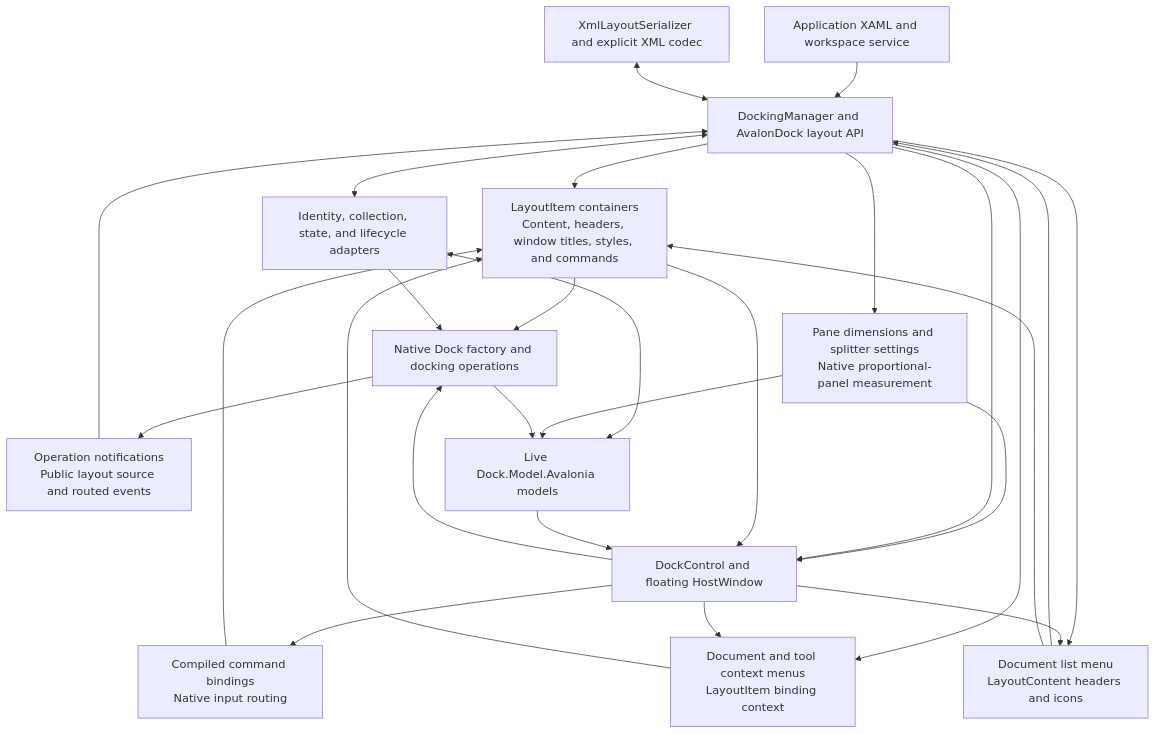
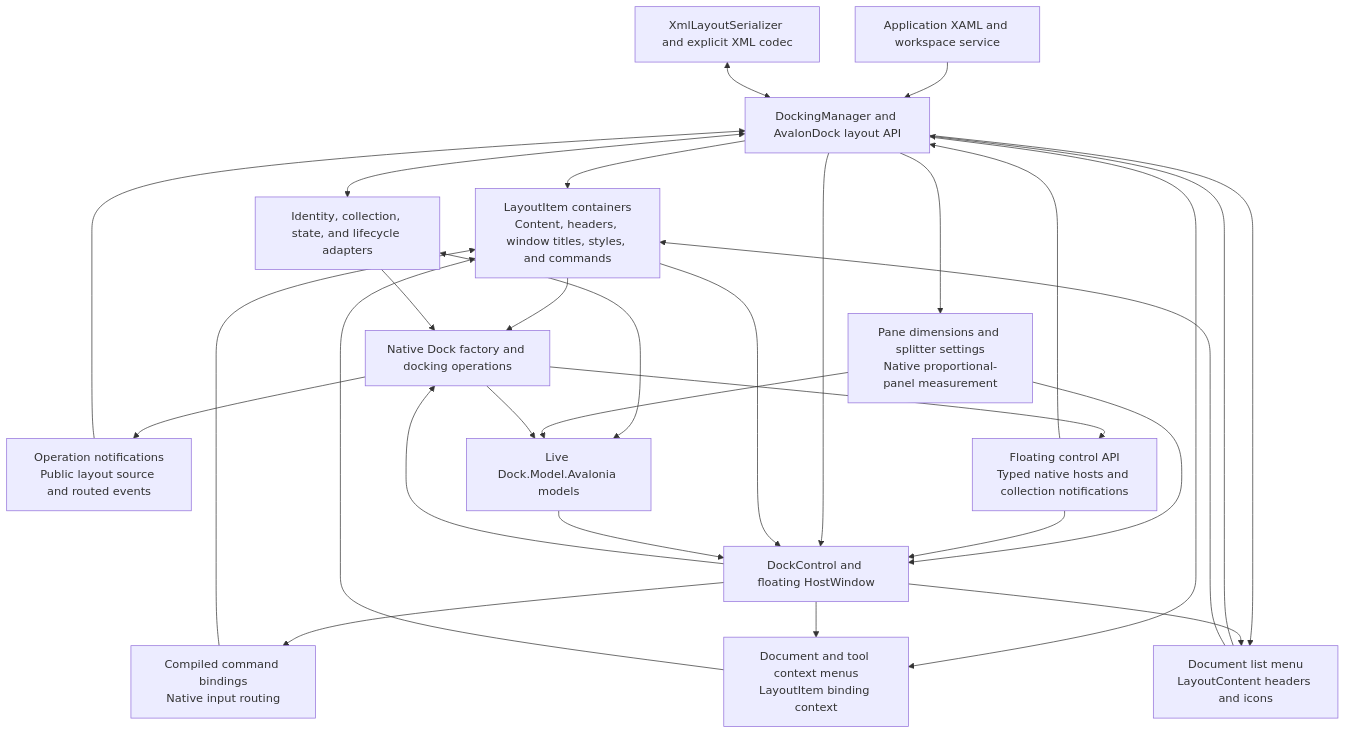
The diagram in src/Dock.Avalonia.AvalonDock/AVALONDOCK.md (wieslawsoltes/Dock), drawn with Mermaid before and after one commit. The commit also changed other lines of this file and 29 other files, not shown here.

Commit message:
Expose AvalonDock floating controls through native Dock hosts

````diff
--- a/src/Dock.Avalonia.AvalonDock/AVALONDOCK.md
+++ b/src/Dock.Avalonia.AvalonDock/AVALONDOCK.md
@@ -283,42 +298,46 @@
 ```mermaid
 flowchart TB
     App["Application XAML and workspace service"]
     Api["DockingManager and AvalonDock layout API"]
     Items["LayoutItem containers<br/>Content, headers, window titles, styles, and commands"]
     Commands["Compiled command bindings<br/>Native input routing"]
     Menus["Document and tool context menus<br/>LayoutItem binding context"]
     DocumentList["Document list menu<br/>LayoutContent headers and icons"]
     Bridge["Identity, collection, state, and lifecycle adapters"]
     Events["Operation notifications<br/>Public layout source and routed events"]
+    Hosts["Floating control API<br/>Typed native hosts and collection notifications"]
     Sizing["Pane dimensions and splitter settings<br/>Native proportional-panel measurement"]
     Models["Live Dock.Model.Avalonia models"]
     Factory["Native Dock factory and docking operations"]
     View["DockControl and floating HostWindow"]
     Xml["XmlLayoutSerializer and explicit XML codec"]
     App --> Api
     Api --> Items
     Items --> Factory
     Api <--> Bridge
     Bridge <--> Models
     Api --> Sizing
     Sizing --> Models
     Sizing --> View
     Bridge --> Factory
     Factory --> Models
     Factory --> Events
     Events --> Api
+    Factory --> Hosts
+    Hosts --> View
+    Hosts --> Api
     Api --> View
     Items --> View
     View --> Commands
     Commands --> Items
     Api --> Menus
     View --> Menus
     Menus --> Items
     Api --> DocumentList
     View --> DocumentList
     DocumentList --> Api
     DocumentList --> Items
     Models --> View
     View --> Factory
     Xml <--> Api
 ```
````
